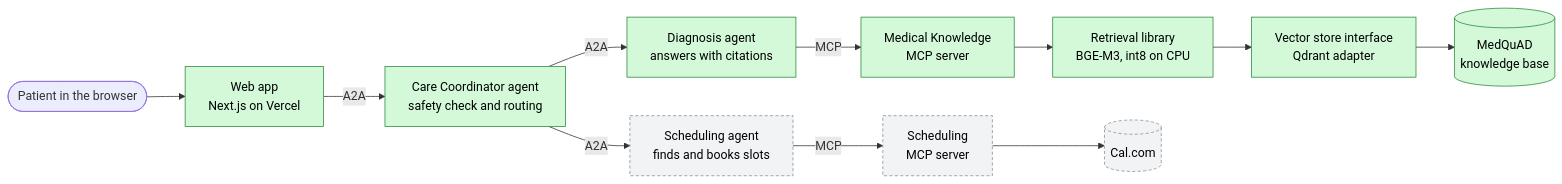
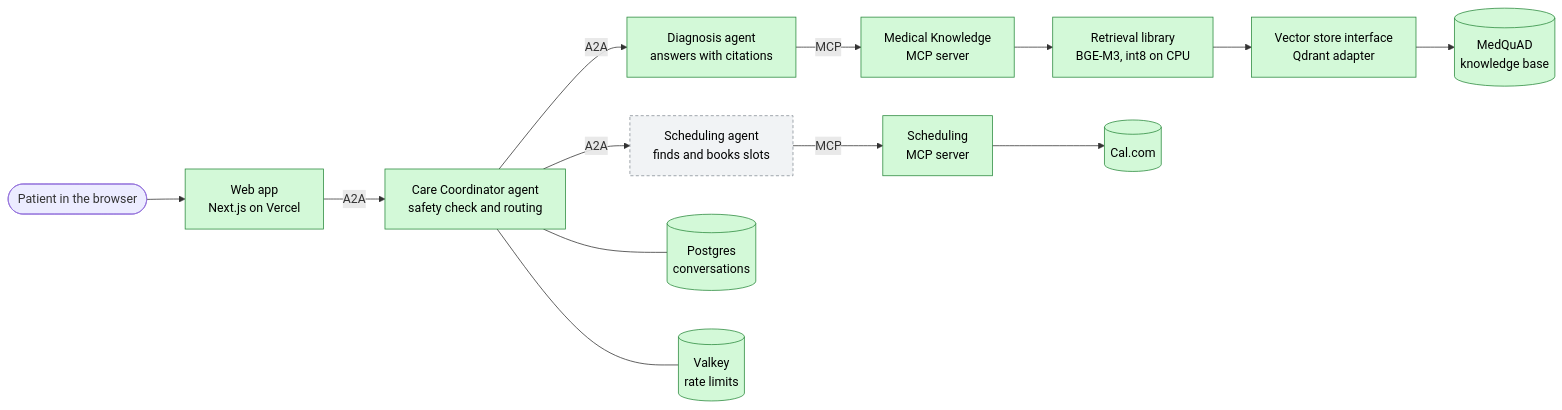
Before and after one commit to BijanProjects/RAGMed: the first of 7 diagrams in README.md, drawn with Mermaid. The commit also changed other lines of this file and 3 other files, not shown here.

First line of the commit message:
chore(demo): run Postgres, Valkey and the bot check in make demo

````diff
--- a/README.md
+++ b/README.md
@@ -58,25 +64,29 @@
 ```mermaid
 flowchart LR
     user([Patient in the browser])
     web["Web app<br/>Next.js on Vercel"]
     coord["Care Coordinator agent<br/>safety check and routing"]
     diag["Diagnosis agent<br/>answers with citations"]
     sched["Scheduling agent<br/>finds and books slots"]
     mcpmed["Medical Knowledge<br/>MCP server"]
     mcpcal["Scheduling<br/>MCP server"]
     retr["Retrieval library<br/>BGE-M3, int8 on CPU"]
     vs["Vector store interface<br/>Qdrant adapter"]
     kb[("MedQuAD<br/>knowledge base")]
     cal[("Cal.com")]
+    pg[("Postgres<br/>conversations")]
+    vk[("Valkey<br/>rate limits")]
 
     user --> web -->|A2A| coord
     coord -->|A2A| diag
     coord -->|A2A| sched
     diag -->|MCP| mcpmed --> retr --> vs --> kb
     sched -->|MCP| mcpcal --> cal
+    coord --- pg
+    coord --- vk
 
     classDef done fill:#d3f9d8,stroke:#2b8a3e,color:#000
     classDef planned fill:#f1f3f5,stroke:#868e96,color:#000,stroke-dasharray: 4 3
-    class web,coord,diag,mcpmed,retr,vs,kb done
-    class sched,mcpcal,cal planned
+    class web,coord,diag,mcpmed,retr,vs,kb,mcpcal,cal,pg,vk done
+    class sched planned
 ```
````
